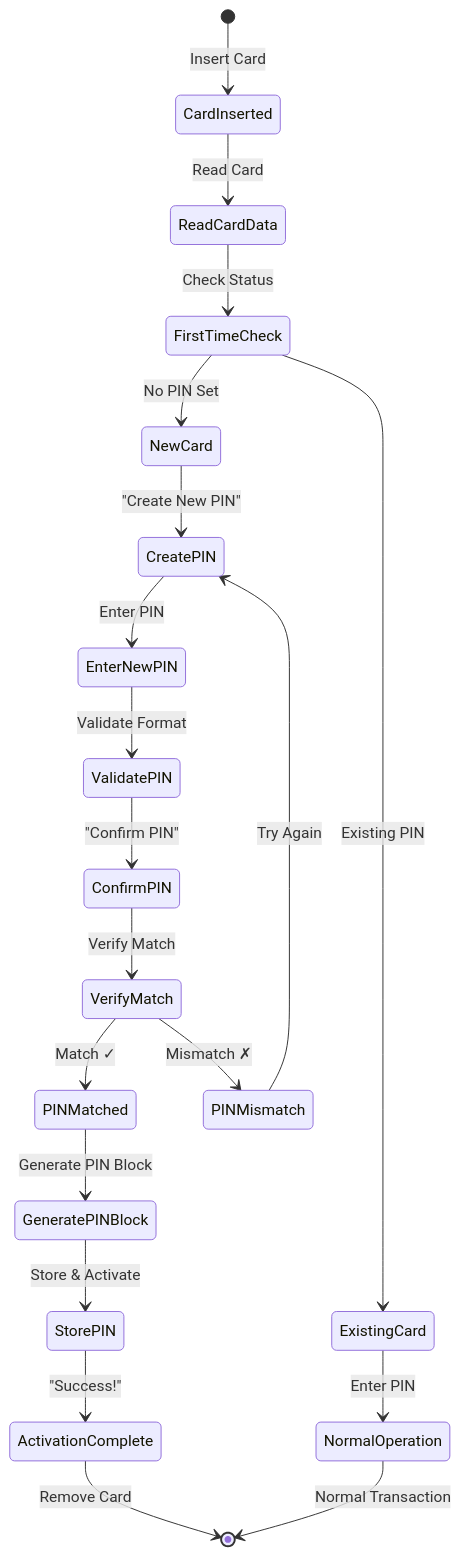
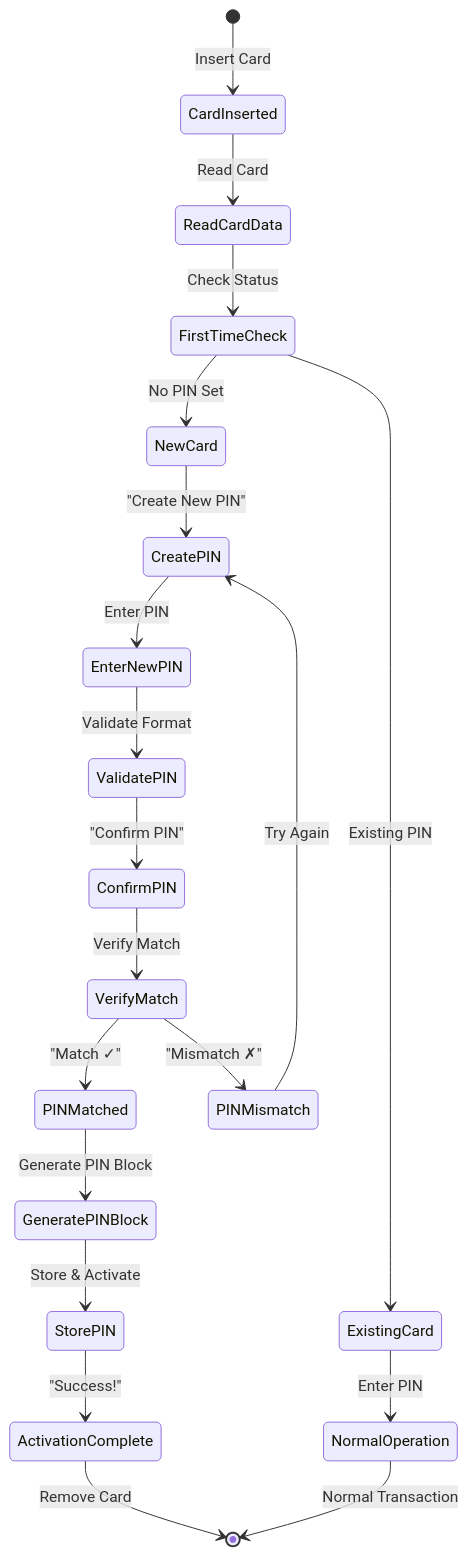
Before and after one commit to artivisi/hsm-simulator: diagram 13 of 18 in docs/user-manual/pinblock.md, drawn with Mermaid. The commit also changed other lines of this file, not shown here.

Commit message:
Fix Mermaid diagram syntax parsing errors
- Quote labels containing colons in Mermaid diagrams to prevent parsing errors
- Fix "Prompt: Create new PIN" and similar labels with proper quoting
- Update state diagram labels with quotes for special characters
- Ensure all diagrams render correctly in GitHub markdown viewer

🤖 Generated with [Claude Code](https://claude.ai/code)

````diff
--- a/docs/user-manual/pinblock.md
+++ b/docs/user-manual/pinblock.md
@@ -790,28 +790,28 @@
 ```mermaid
 stateDiagram-v2
     [*] --> CardInserted: Insert Card
     CardInserted --> ReadCardData: Read Card
     ReadCardData --> FirstTimeCheck: Check Status
 
     FirstTimeCheck --> ExistingCard: Existing PIN
     FirstTimeCheck --> NewCard: No PIN Set
 
     ExistingCard --> NormalOperation: Enter PIN
     NewCard --> CreatePIN: "Create New PIN"
 
     CreatePIN --> EnterNewPIN: Enter PIN
     EnterNewPIN --> ValidatePIN: Validate Format
     ValidatePIN --> ConfirmPIN: "Confirm PIN"
     ConfirmPIN --> VerifyMatch: Verify Match
-    VerifyMatch --> PINMatched: Match ✓
-    VerifyMatch --> PINMismatch: Mismatch ✗
+    VerifyMatch --> PINMatched: "Match ✓"
+    VerifyMatch --> PINMismatch: "Mismatch ✗"
 
     PINMismatch --> CreatePIN: Try Again
     PINMatched --> GeneratePINBlock: Generate PIN Block
     GeneratePINBlock --> StorePIN: Store & Activate
     StorePIN --> ActivationComplete: "Success!"
 
     ActivationComplete --> [*]: Remove Card
 
     NormalOperation --> [*]: Normal Transaction
 ```
````
